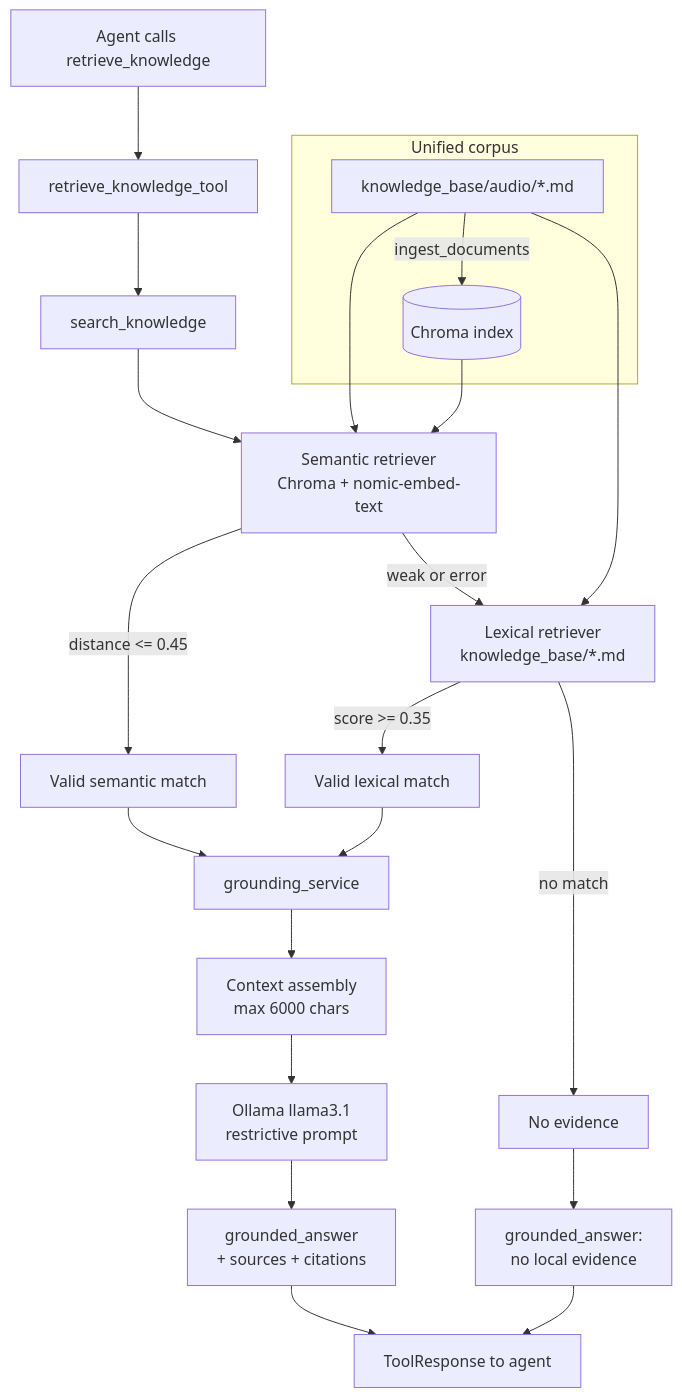
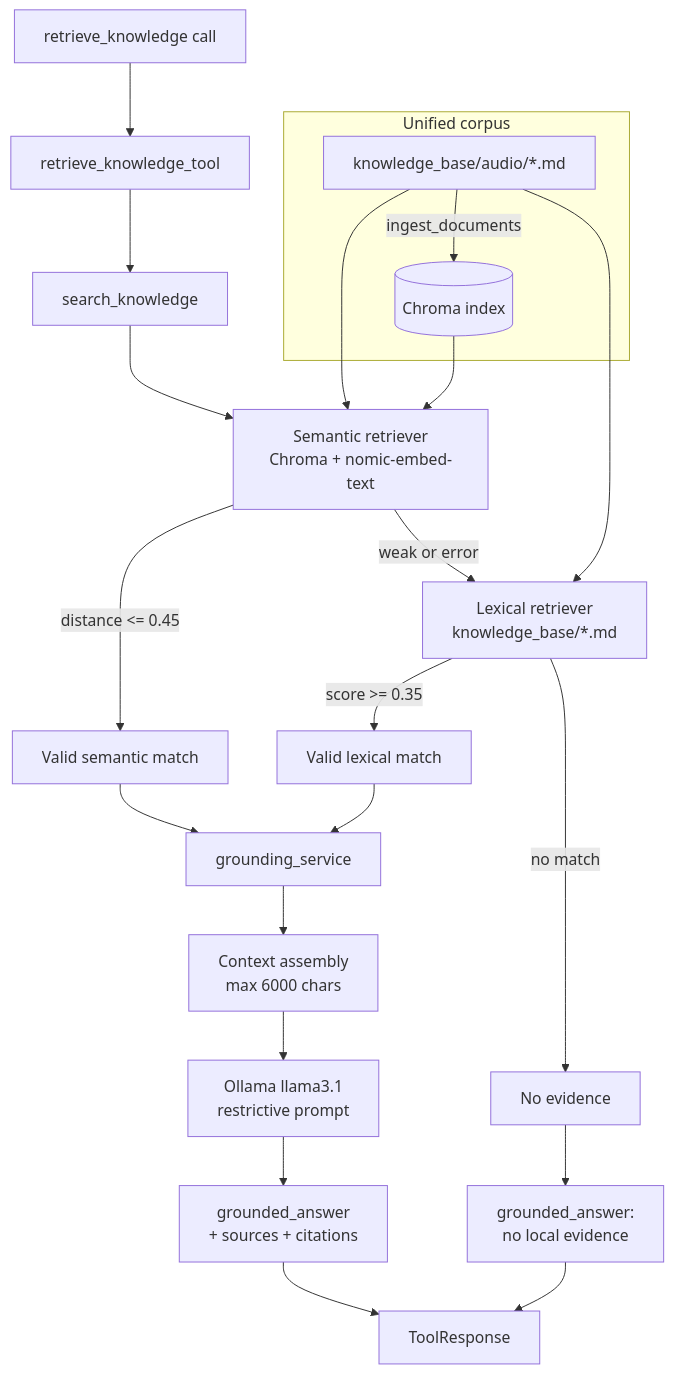
The fifth of 7 diagrams in docs/architecture-diagram.md (luisfm44/landed-agent), drawn with Mermaid before and after one commit. The commit also changed other lines of this file and 4 other files, not shown here.

````diff
--- a/docs/architecture-diagram.md
+++ b/docs/architecture-diagram.md
@@ -170,33 +149,33 @@
 ```mermaid
 flowchart TD
-    Q[Agent calls retrieve_knowledge] --> TOOL[retrieve_knowledge_tool]
+    Q[retrieve_knowledge call] --> TOOL[retrieve_knowledge_tool]
 
     TOOL --> SEARCH[search_knowledge]
 
     SEARCH --> SEM[Semantic retriever<br/>Chroma + nomic-embed-text]
     SEM -->|distance <= 0.45| HIT1[Valid semantic match]
     SEM -->|weak or error| LEX[Lexical retriever<br/>knowledge_base/*.md]
     LEX -->|score >= 0.35| HIT2[Valid lexical match]
     LEX -->|no match| MISS[No evidence]
 
     HIT1 --> GROUND[grounding_service]
     HIT2 --> GROUND
     MISS --> NOANS[grounded_answer:<br/>no local evidence]
 
     GROUND --> CTX[Context assembly<br/>max 6000 chars]
     CTX --> LLM[Ollama llama3.1<br/>restrictive prompt]
     LLM --> GA[grounded_answer<br/>+ sources + citations]
 
-    GA --> RESP[ToolResponse to agent]
+    GA --> RESP[ToolResponse]
     NOANS --> RESP
 
     subgraph corpus [Unified corpus]
         KB[knowledge_base/audio/*.md]
         CHROMA[(Chroma index)]
     end
 
     KB --> SEM
     KB --> LEX
     KB -->|ingest_documents| CHROMA
     CHROMA --> SEM
 ```
````
